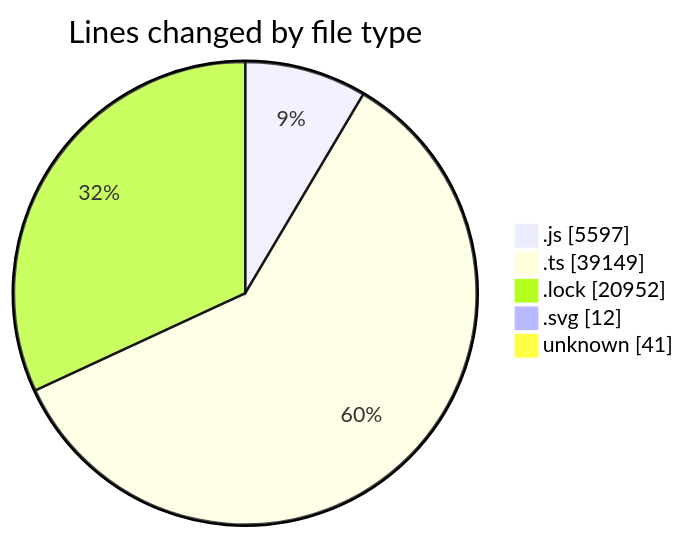
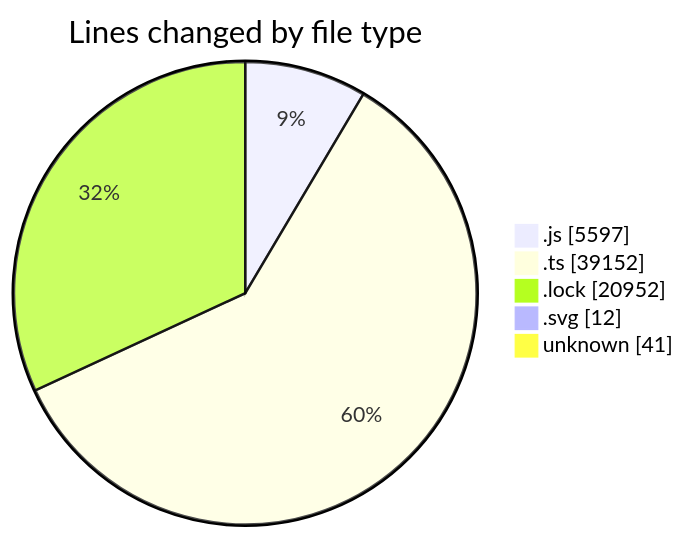
Before and after one commit to momahboobian/code-tracking: the first of 2 diagrams in 2025-08-12/cda/README.md, drawn with Mermaid. The commit also changed other lines of this file and 1 other file, not shown here.

````diff
--- a/2025-08-12/cda/README.md
+++ b/2025-08-12/cda/README.md
@@ -43,9 +43,9 @@
 ```mermaid
 pie showData
 title Lines changed by file type
 ".js" : 5597
-".ts" : 39149
+".ts" : 39152
 ".lock" : 20952
 ".svg" : 12
 "unknown" : 41
 ```
````
